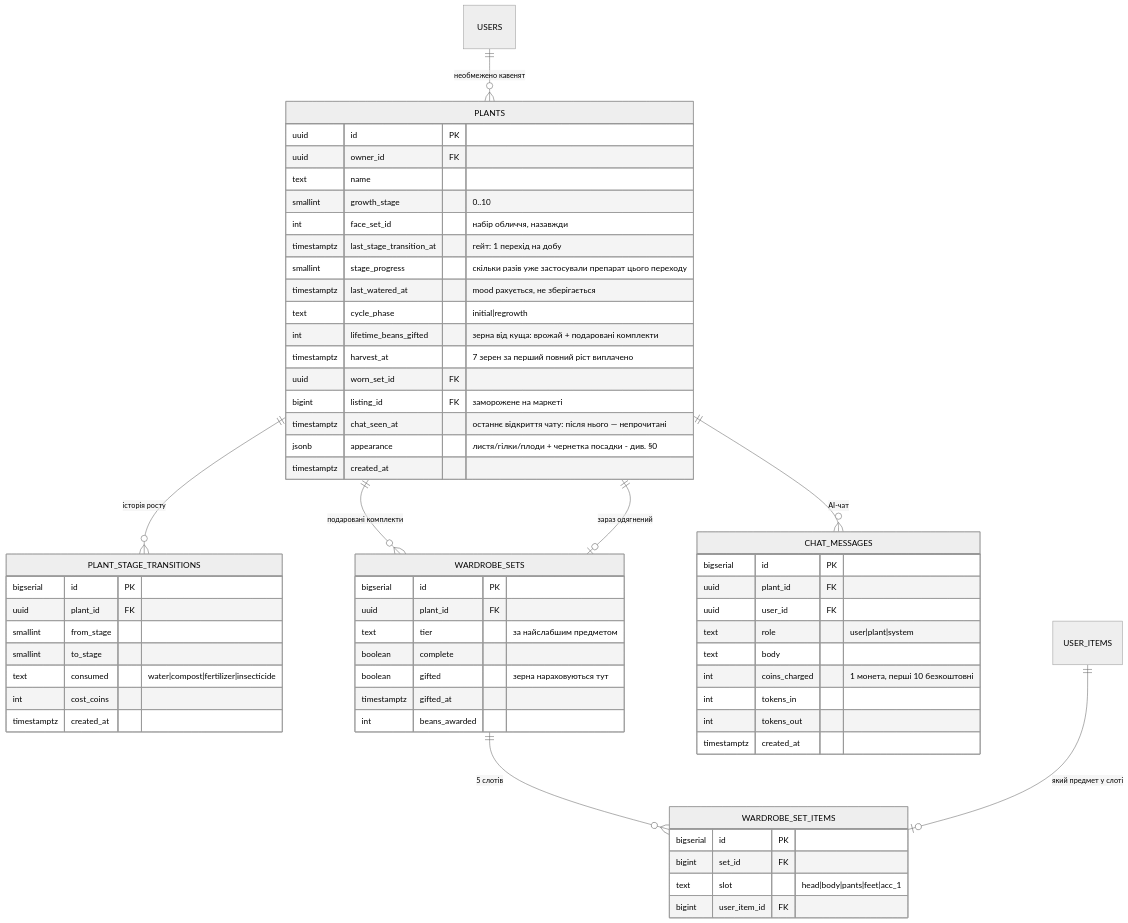
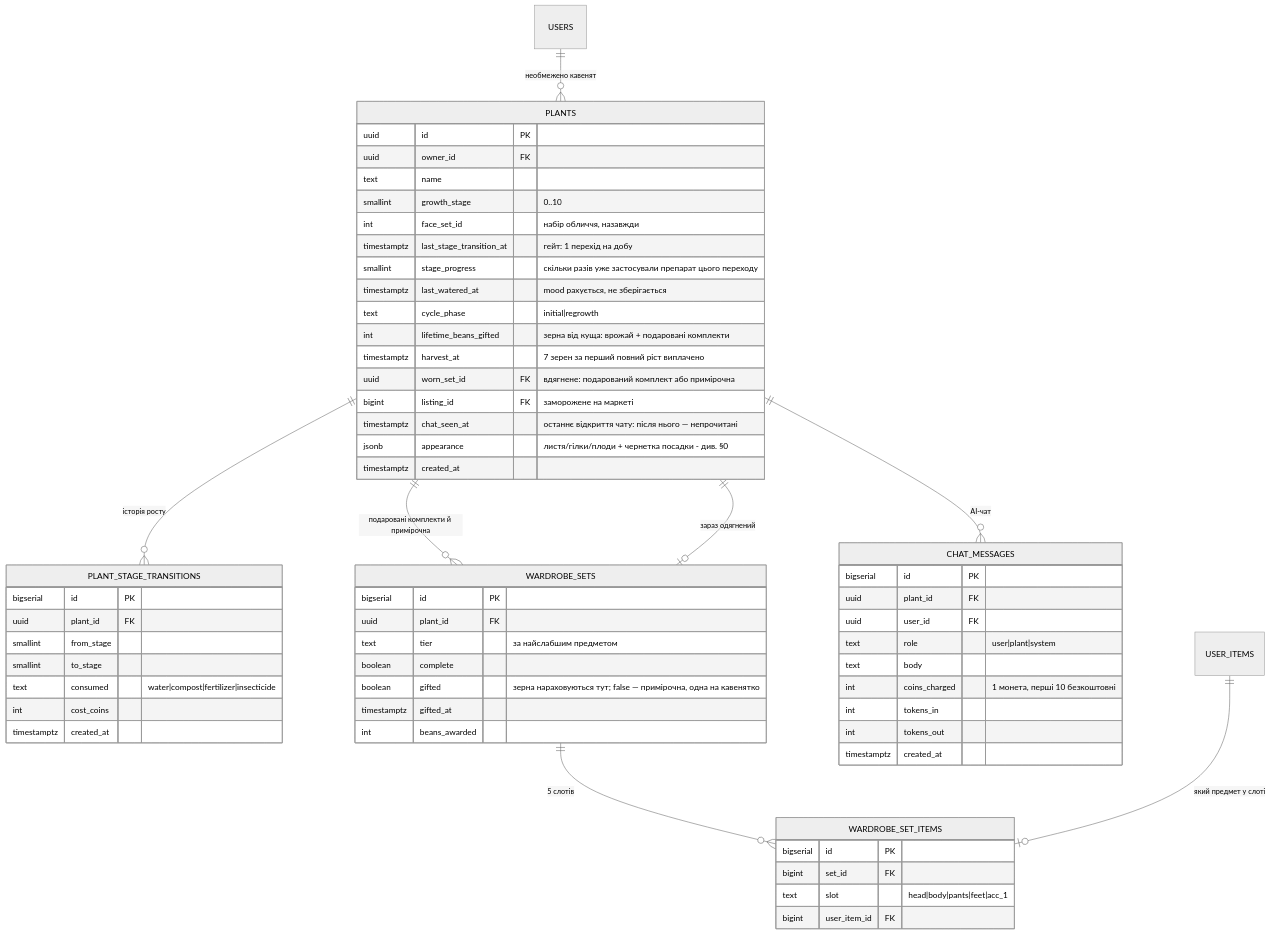
Before and after one commit to arsengoian/extrovert.cafe: the third of 4 diagrams in docs/db-schema.md, drawn with Mermaid (neutral theme). The commit also changed 1 other file, not shown here.

Commit message:
feat(api): keep the fitting room apart from what the bush wears
A bush can own many gifted sets and wear any of them, or the clothes in
its fitting room, which exists to build the next set. The fitting room
and the worn set used to be one row, so wearing a gifted set scattered a
half-built one back to stock. Now slots always edit the fitting room and
wear it, wear switches between sets without disbanding anything, gifting
takes the fitting room, and taking clothes off only unwears them.

````diff
--- a/docs/db-schema.md
+++ b/docs/db-schema.md
@@ -588,64 +588,64 @@
 ```mermaid
 erDiagram
     USERS ||--o{ PLANTS : "необмежено кавенят"
     PLANTS ||--o{ PLANT_STAGE_TRANSITIONS : "історія росту"
-    PLANTS ||--o{ WARDROBE_SETS : "подаровані комплекти"
+    PLANTS ||--o{ WARDROBE_SETS : "подаровані комплекти й примірочна"
     PLANTS ||--o{ CHAT_MESSAGES : "AI-чат"
     WARDROBE_SETS ||--o{ WARDROBE_SET_ITEMS : "5 слотів"
     USER_ITEMS ||--o| WARDROBE_SET_ITEMS : "який предмет у слоті"
     PLANTS ||--o| WARDROBE_SETS : "зараз одягнений"
 
     PLANTS {
         uuid id PK
         uuid owner_id FK
         text name
         smallint growth_stage "0..10"
         int face_set_id "набір обличчя, назавжди"
         timestamptz last_stage_transition_at "гейт: 1 перехід на добу"
         smallint stage_progress "скільки разів уже застосували препарат цього переходу"
         timestamptz last_watered_at "mood рахується, не зберігається"
         text cycle_phase "initial|regrowth"
         int lifetime_beans_gifted "зерна від куща: врожай + подаровані комплекти"
         timestamptz harvest_at "7 зерен за перший повний ріст виплачено"
-        uuid worn_set_id FK
+        uuid worn_set_id FK "вдягнене: подарований комплект або примірочна"
         bigint listing_id FK "заморожене на маркеті"
         timestamptz chat_seen_at "останнє відкриття чату: після нього — непрочитані"
         jsonb appearance "листя/гілки/плоди + чернетка посадки - див. §0"
         timestamptz created_at
     }
     PLANT_STAGE_TRANSITIONS {
         bigserial id PK
         uuid plant_id FK
         smallint from_stage
         smallint to_stage
         text consumed "water|compost|fertilizer|insecticide"
         int cost_coins
         timestamptz created_at
     }
     WARDROBE_SETS {
         bigserial id PK
         uuid plant_id FK
         text tier "за найслабшим предметом"
         boolean complete
-        boolean gifted "зерна нараховуються тут"
+        boolean gifted "зерна нараховуються тут; false — примірочна, одна на кавенятко"
         timestamptz gifted_at
         int beans_awarded
     }
     WARDROBE_SET_ITEMS {
         bigserial id PK
         bigint set_id FK
         text slot "head|body|pants|feet|acc_1"
         bigint user_item_id FK
     }
     CHAT_MESSAGES {
         bigserial id PK
         uuid plant_id FK
         uuid user_id FK
         text role "user|plant|system"
         text body
         int coins_charged "1 монета, перші 10 безкоштовні"
         int tokens_in
         int tokens_out
         timestamptz created_at
     }
 ```
````
